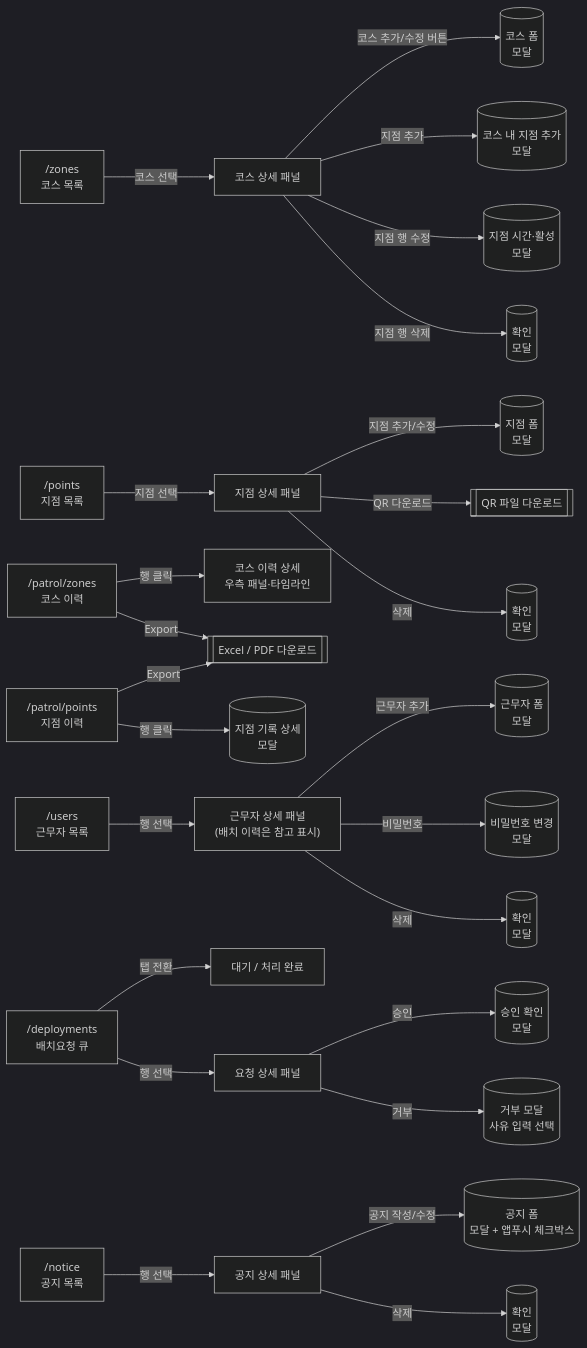
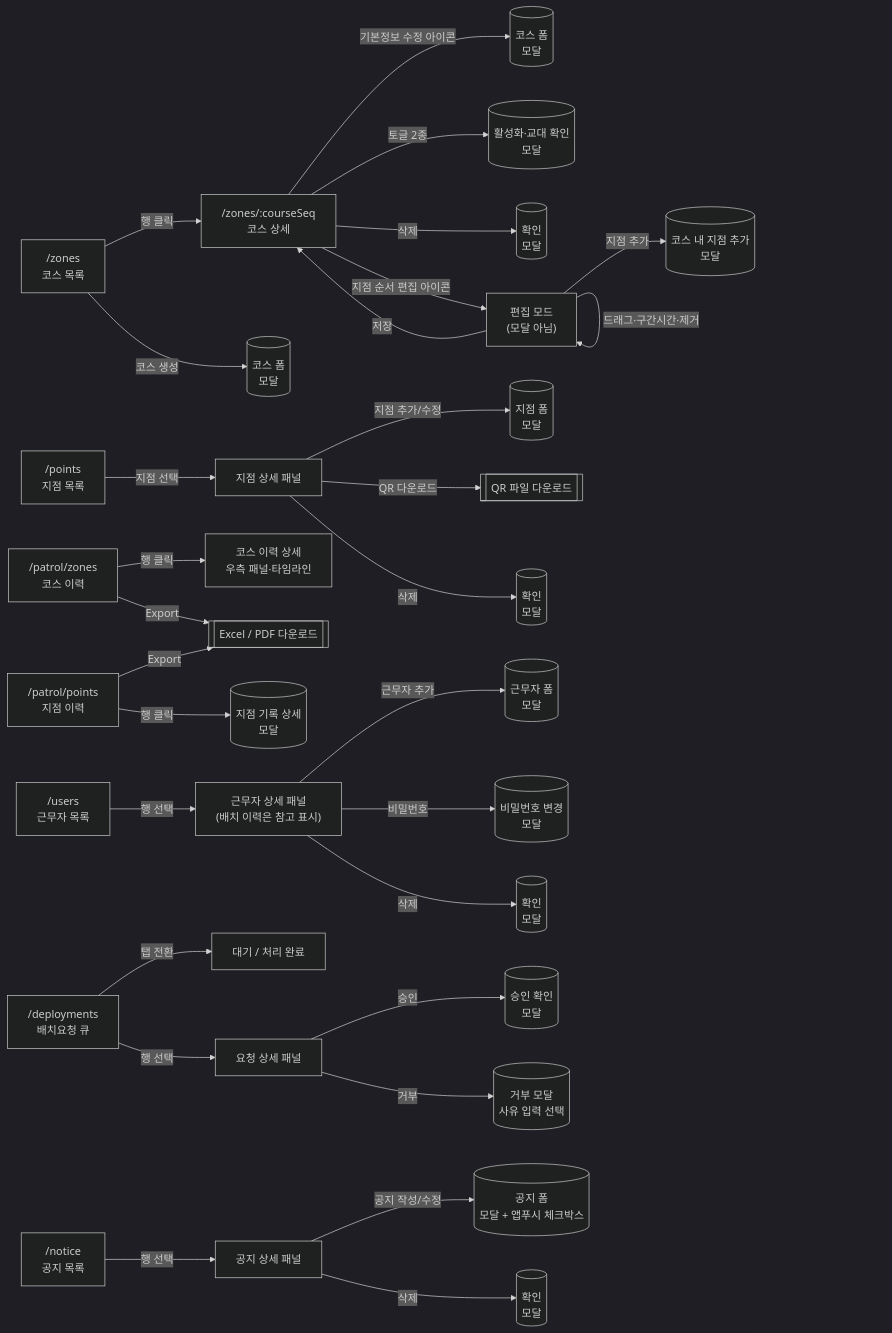
Before and after one commit to S-Tec-System-R-D/s-patrol_fe: the third of 15 diagrams in docs/flow.md, drawn with Mermaid. The commit also changed other lines of this file and 13 other files, not shown here.

````diff
--- a/docs/flow.md
+++ b/docs/flow.md
@@ -122,34 +126,38 @@
 ```mermaid
 %%{init: {'theme':'dark'}}%%
 flowchart LR
-    Z["/zones<br/>코스 목록"] -- 코스 선택 --> ZD[코스 상세 패널]
-    ZD -- "코스 추가/수정 버튼" --> ZForm[(코스 폼<br/>모달)]
-    ZD -- "지점 추가" --> APAdd[(코스 내 지점 추가<br/>모달)]
-    ZD -- "지점 행 수정" --> APEdit[(지점 시간·활성<br/>모달)]
-    ZD -- "지점 행 삭제" --> Conf1[(확인<br/>모달)]
+    Z["/zones<br/>코스 목록"] -- "행 클릭" --> ZD["/zones/:courseSeq<br/>코스 상세"]
+    Z -- "코스 생성" --> ZAdd[(코스 폼<br/>모달)]
+    ZD -- "기본정보 수정 아이콘" --> ZForm[(코스 폼<br/>모달)]
+    ZD -- "토글 2종" --> ZTog[(활성화·교대 확인<br/>모달)]
+    ZD -- "삭제" --> Conf1[(확인<br/>모달)]
+    ZD -- "지점 순서 편집 아이콘" --> ZEdit["편집 모드<br/>(모달 아님)"]
+    ZEdit -- "지점 추가" --> APAdd[(코스 내 지점 추가<br/>모달)]
+    ZEdit -- "드래그·구간시간·제거" --> ZEdit
+    ZEdit -- "저장" --> ZD
 
     P["/points<br/>지점 목록"] -- 지점 선택 --> PD[지점 상세 패널]
     PD -- "지점 추가/수정" --> PForm[(지점 폼<br/>모달)]
     PD -- "QR 다운로드" --> Dl[["QR 파일 다운로드"]]
     PD -- "삭제" --> Conf2[(확인<br/>모달)]
 
     PZ["/patrol/zones<br/>코스 이력"] -- 행 클릭 --> PZD[코스 이력 상세<br/>우측 패널·타임라인]
     PZ -- "Export" --> Exp[["Excel / PDF 다운로드"]]
 
     PP["/patrol/points<br/>지점 이력"] -- 행 클릭 --> PPD[(지점 기록 상세<br/>모달)]
     PP -- "Export" --> Exp
 
     Users["/users<br/>근무자 목록"] -- 행 선택 --> UD["근무자 상세 패널<br/>(배치 이력은 참고 표시)"]
     UD -- "근무자 추가" --> UForm[(근무자 폼<br/>모달)]
     UD -- "비밀번호" --> UPwd[(비밀번호 변경<br/>모달)]
     UD -- "삭제" --> Conf3[(확인<br/>모달)]
 
     Deploy["/deployments<br/>배치요청 큐"] -- "탭 전환" --> DTab["대기 / 처리 완료"]
     Deploy -- "행 선택" --> DReq[요청 상세 패널]
     DReq -- "승인" --> DApp[(승인 확인<br/>모달)]
     DReq -- "거부" --> DRej[(거부 모달<br/>사유 입력 선택)]
 
     Notice["/notice<br/>공지 목록"] -- 행 선택 --> NDet[공지 상세 패널]
     NDet -- "공지 작성/수정" --> NForm[(공지 폼<br/>모달 + 앱푸시 체크박스)]
     NDet -- "삭제" --> Conf4[(확인<br/>모달)]
 ```
````
